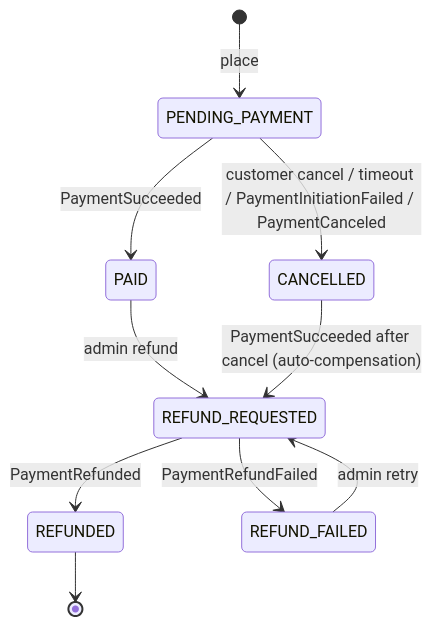
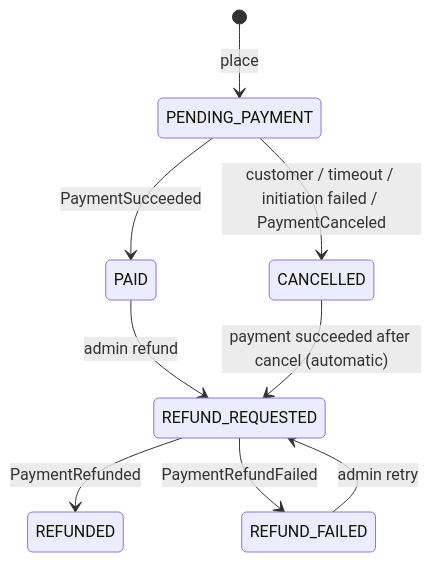
The second of 6 diagrams in docs/architecture.md (AlexGorbatov/order-payment-platform), drawn with Mermaid before and after one commit. The commit also changed other lines of this file and 39 other files, not shown here.

````diff
--- a/docs/architecture.md
+++ b/docs/architecture.md
@@ -86,12 +77,11 @@
 ```mermaid
 stateDiagram-v2
   [*] --> PENDING_PAYMENT: place
   PENDING_PAYMENT --> PAID: PaymentSucceeded
-  PENDING_PAYMENT --> CANCELLED: customer cancel / timeout / PaymentInitiationFailed / PaymentCanceled
+  PENDING_PAYMENT --> CANCELLED: customer / timeout / initiation failed / PaymentCanceled
   PAID --> REFUND_REQUESTED: admin refund
-  CANCELLED --> REFUND_REQUESTED: PaymentSucceeded after cancel (auto-compensation)
+  CANCELLED --> REFUND_REQUESTED: payment succeeded after cancel (automatic)
   REFUND_REQUESTED --> REFUNDED: PaymentRefunded
   REFUND_REQUESTED --> REFUND_FAILED: PaymentRefundFailed
   REFUND_FAILED --> REFUND_REQUESTED: admin retry
-  REFUNDED --> [*]
 ```
````
